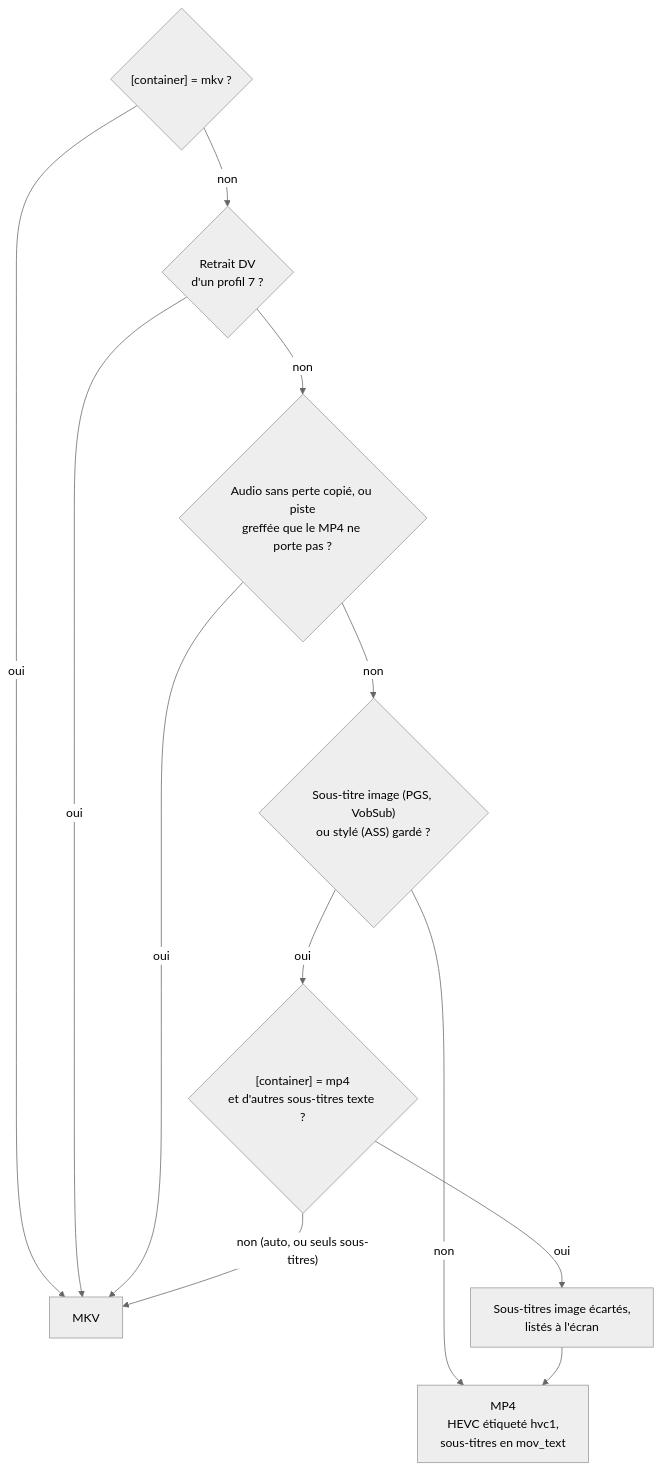
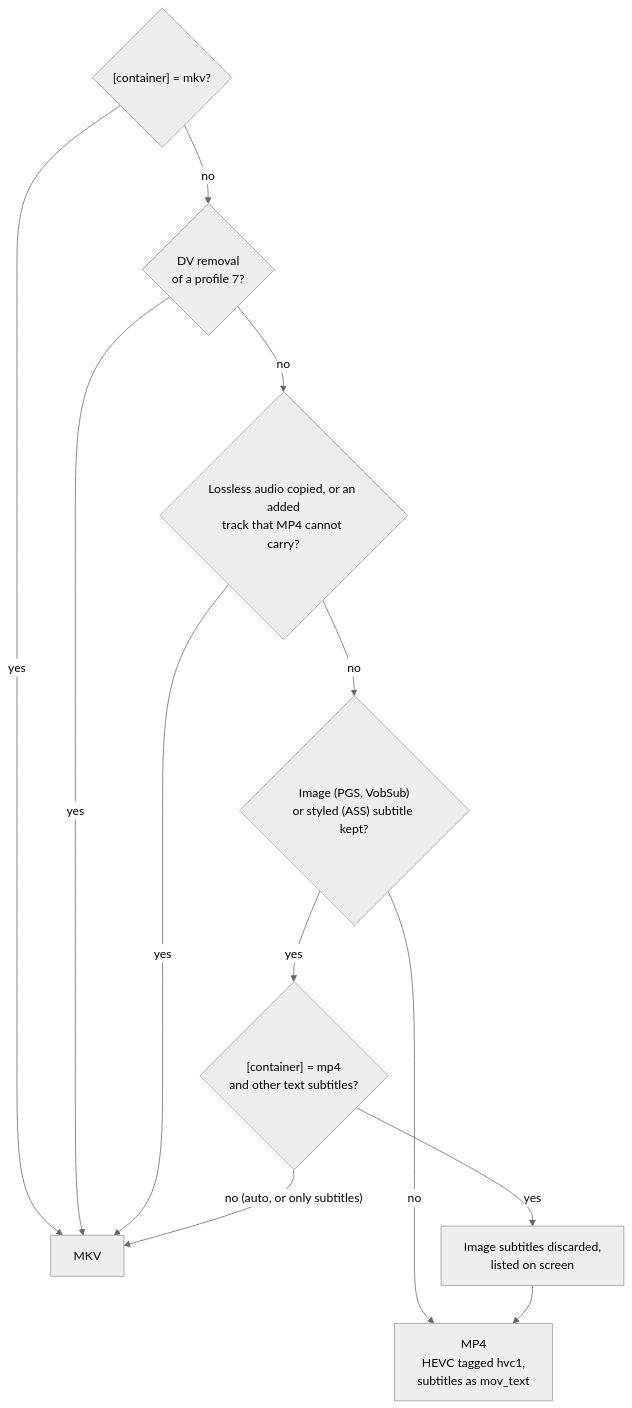
One commit to opegon/IRIS_Encode changed the sixth of 6 diagrams in README.md. Above: the diagram before and after it, drawn with Mermaid (neutral theme). The commit also changed other lines of this file and 10 other files, not shown here.

````diff
--- a/README.md
+++ b/README.md
@@ -183,14 +185,14 @@
 ```mermaid
 flowchart TD
-    C0{"[container] = mkv ?"}
-    C0 -->|oui| MKV["MKV"]
-    C0 -->|non| C1{"Retrait DV<br/>d'un profil 7 ?"}
-    C1 -->|oui| MKV
-    C1 -->|non| C2{"Audio sans perte copié, ou piste<br/>greffée que le MP4 ne porte pas ?"}
-    C2 -->|oui| MKV
-    C2 -->|non| C3{"Sous-titre image (PGS, VobSub)<br/>ou stylé (ASS) gardé ?"}
-    C3 -->|non| MP4["MP4<br/>HEVC étiqueté hvc1,<br/>sous-titres en mov_text"]
-    C3 -->|oui| C4{"[container] = mp4<br/>et d'autres sous-titres texte ?"}
-    C4 -->|oui| C5["Sous-titres image écartés,<br/>listés à l'écran"] --> MP4
-    C4 -->|"non (auto, ou seuls sous-titres)"| MKV
+    C0{"[container] = mkv?"}
+    C0 -->|yes| MKV["MKV"]
+    C0 -->|no| C1{"DV removal<br/>of a profile 7?"}
+    C1 -->|yes| MKV
+    C1 -->|no| C2{"Lossless audio copied, or an added<br/>track that MP4 cannot carry?"}
+    C2 -->|yes| MKV
+    C2 -->|no| C3{"Image (PGS, VobSub)<br/>or styled (ASS) subtitle kept?"}
+    C3 -->|no| MP4["MP4<br/>HEVC tagged hvc1,<br/>subtitles as mov_text"]
+    C3 -->|yes| C4{"[container] = mp4<br/>and other text subtitles?"}
+    C4 -->|yes| C5["Image subtitles discarded,<br/>listed on screen"] --> MP4
+    C4 -->|"no (auto, or only subtitles)"| MKV
 ```
````
